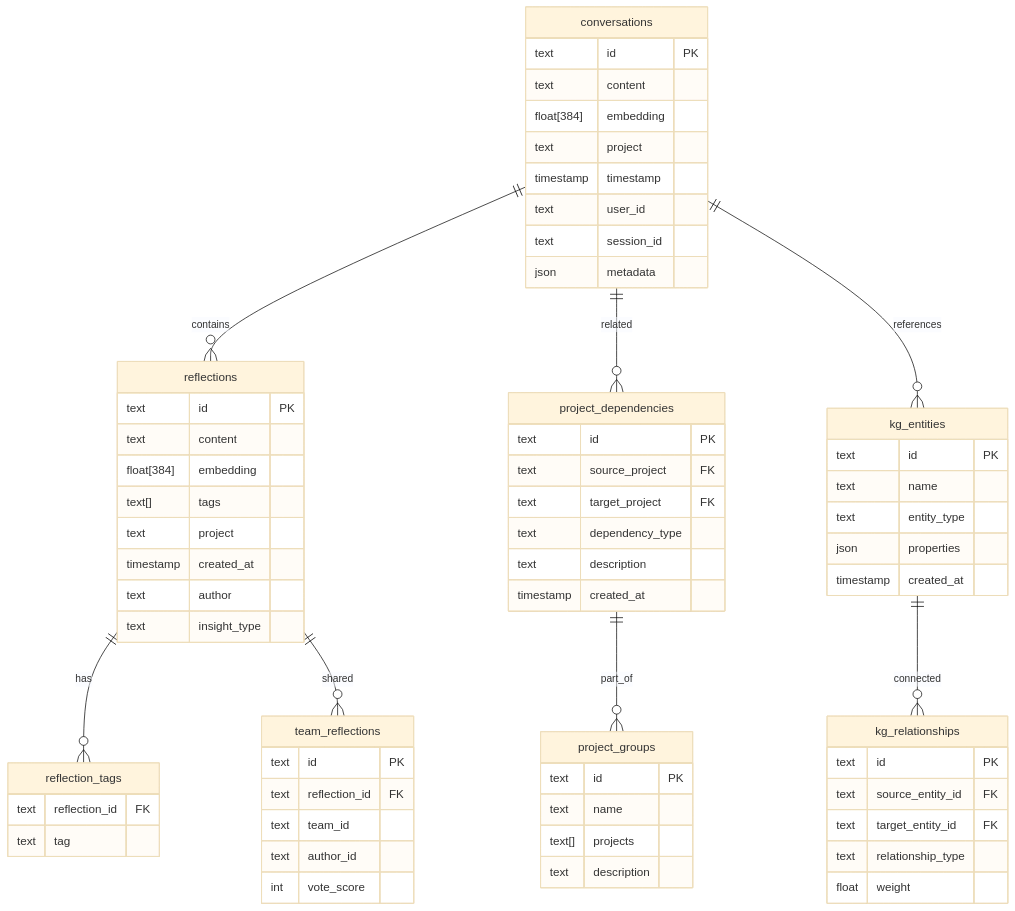
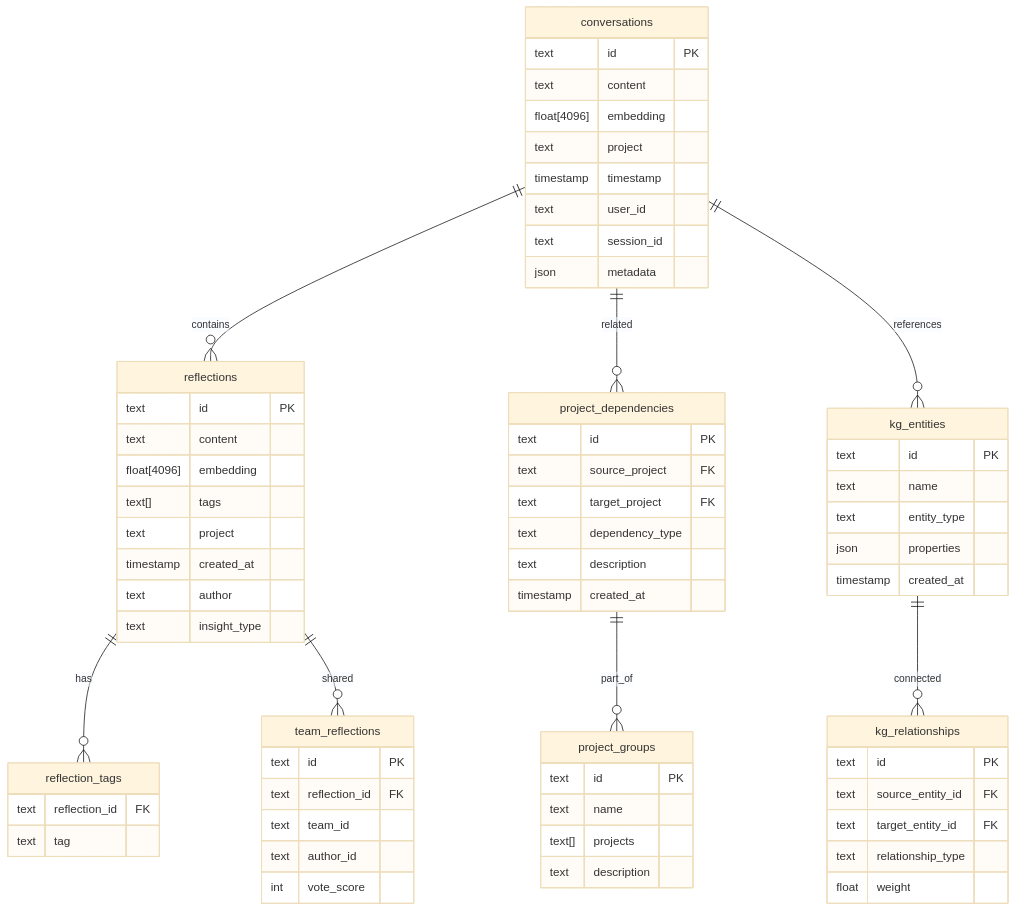
Before and after one commit to lesleslie/session-buddy: the third of 4 diagrams in docs/developer/ARCHITECTURE.md, drawn with Mermaid (base theme). The commit also changed other lines of this file and 33 other files, not shown here.

````diff
--- a/docs/developer/ARCHITECTURE.md
+++ b/docs/developer/ARCHITECTURE.md
@@ -297,77 +297,77 @@
 ```mermaid
 erDiagram
     conversations ||--o{ reflections : contains
     conversations ||--o{ project_dependencies : related
     conversations ||--o{ kg_entities : references
     reflections ||--o{ reflection_tags : has
     reflections ||--o{ team_reflections : shared
     project_dependencies ||--o{ project_groups : part_of
     kg_entities ||--o{ kg_relationships : connected
 
     conversations {
         text id PK
         text content
-        float[384] embedding
+        float[4096] embedding
         text project
         timestamp timestamp
         text user_id
         text session_id
         json metadata
     }
 
     reflections {
         text id PK
         text content
-        float[384] embedding
+        float[4096] embedding
         text[] tags
         text project
         timestamp created_at
         text author
         text insight_type
     }
 
     project_dependencies {
         text id PK
         text source_project FK
         text target_project FK
         text dependency_type
         text description
         timestamp created_at
     }
 
     project_groups {
         text id PK
         text name
         text[] projects
         text description
     }
 
     kg_entities {
         text id PK
         text name
         text entity_type
         json properties
         timestamp created_at
     }
 
     kg_relationships {
         text id PK
         text source_entity_id FK
         text target_entity_id FK
         text relationship_type
         float weight
     }
 
     team_reflections {
         text id PK
         text reflection_id FK
         text team_id
         text author_id
         int vote_score
     }
 
     reflection_tags {
         text reflection_id FK
         text tag
     }
 ```
````
